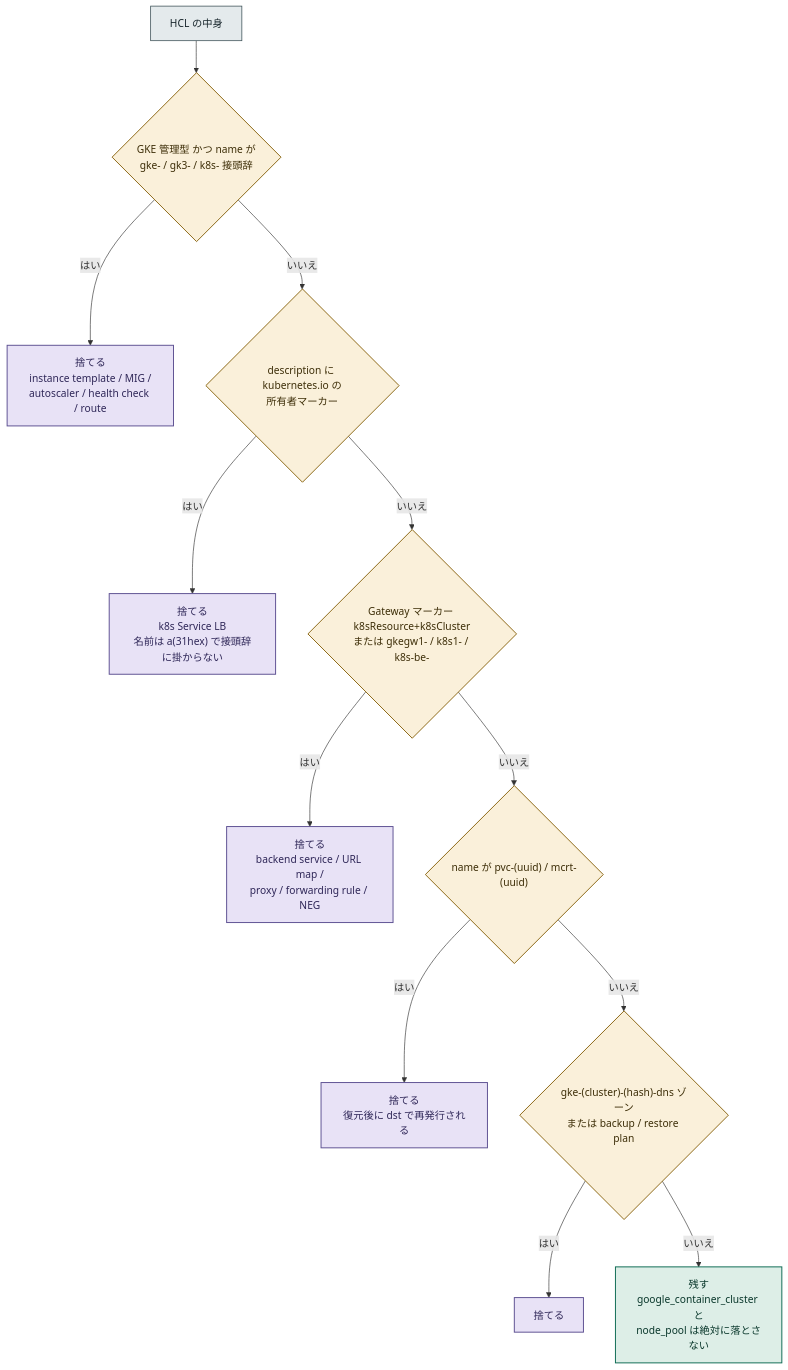
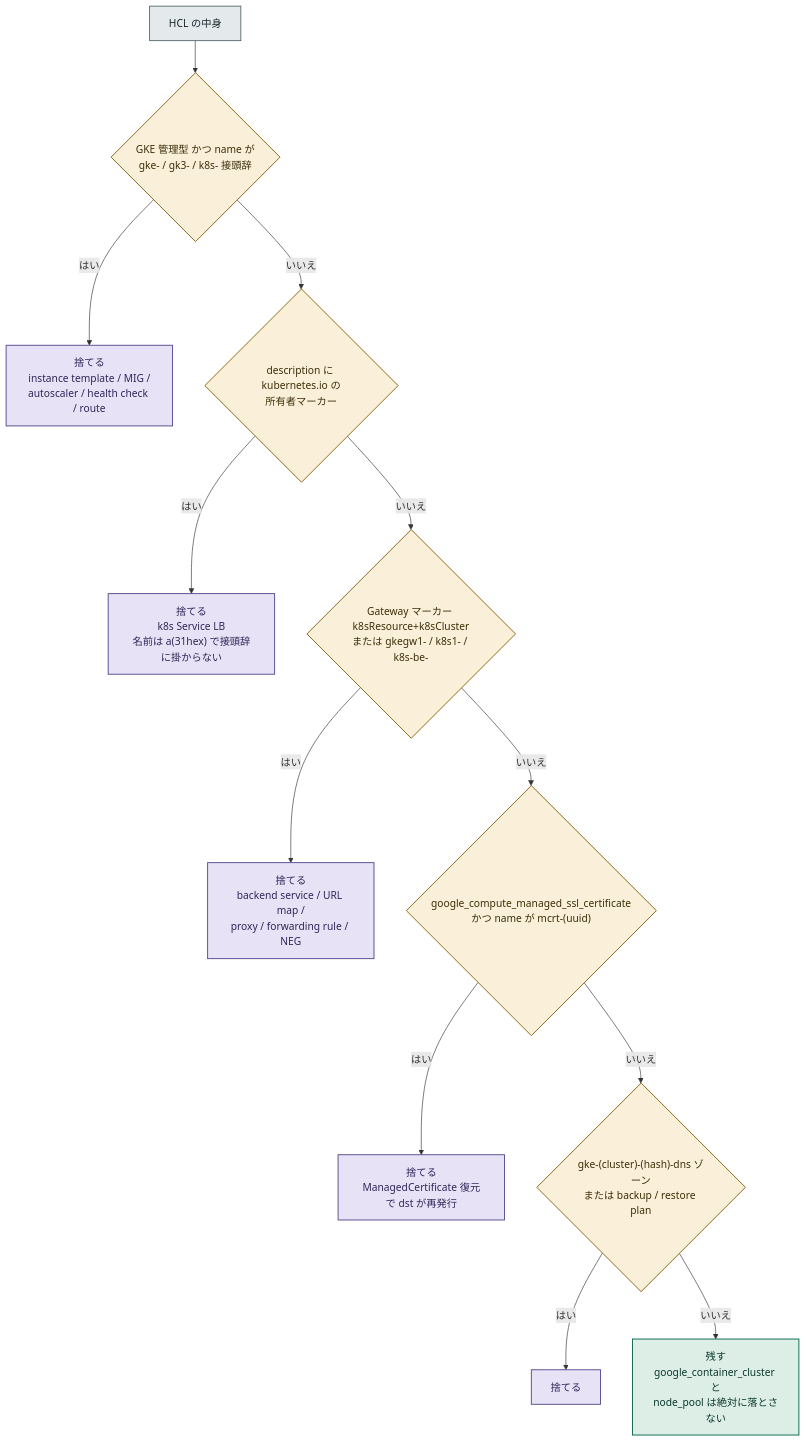
One commit to shin5ok/gcp-copy-allenv changed the fourth of 6 diagrams in architecture/sync-env-flow.md. Above: the diagram before and after it, drawn with Mermaid. The commit also changed other lines of this file and 3 other files, not shown here.

Commit message:
docs: 実行フロー図を Markdown 一本にし実装との齟齬を修正

````diff
--- a/architecture/sync-env-flow.md
+++ b/architecture/sync-env-flow.md
@@ -149,24 +164,24 @@
 ```mermaid
 %%{init: {"theme":"base","themeVariables":{"fontFamily":"ui-monospace, Menlo, Consolas, 'Hiragino Kaku Gothic ProN', 'Yu Gothic', sans-serif","fontSize":"13px","lineColor":"#7C8D92","textColor":"#16242A","edgeLabelBackground":"#EDF1F1"}}}%%
 flowchart TD
   C["HCL の中身"] --> D1{"GKE 管理型 かつ name が<br/>gke- / gk3- / k8s- 接頭辞"}
   D1 -->|"はい"| S1["捨てる<br/>instance template / MIG /<br/>autoscaler / health check / route"]
   D1 -->|"いいえ"| D2{"description に kubernetes.io の<br/>所有者マーカー"}
   D2 -->|"はい"| S2["捨てる<br/>k8s Service LB<br/>名前は a(31hex) で接頭辞に掛からない"]
   D2 -->|"いいえ"| D3{"Gateway マーカー k8sResource+k8sCluster<br/>または gkegw1- / k8s1- / k8s-be-"}
   D3 -->|"はい"| S3["捨てる<br/>backend service / URL map /<br/>proxy / forwarding rule / NEG"]
-  D3 -->|"いいえ"| D4{"name が pvc-(uuid) / mcrt-(uuid)"}
-  D4 -->|"はい"| S4["捨てる<br/>復元後に dst で再発行される"]
+  D3 -->|"いいえ"| D4{"google_compute_managed_ssl_certificate<br/>かつ name が mcrt-(uuid)"}
+  D4 -->|"はい"| S4["捨てる<br/>ManagedCertificate 復元で dst が再発行"]
   D4 -->|"いいえ"| D5{"gke-(cluster)-(hash)-dns ゾーン<br/>または backup / restore plan"}
   D5 -->|"はい"| S5["捨てる"]
   D5 -->|"いいえ"| K["残す<br/>google_container_cluster と<br/>node_pool は絶対に落とさない"]
 
   classDef gate fill:#FAF0DA,stroke:#8A6612,stroke-width:1.5px,color:#3D2E08;
   classDef skip fill:#E8E2F6,stroke:#5C4F91,stroke-width:1.5px,color:#2F2758;
   classDef pass fill:#DDEEE7,stroke:#0D6A53,stroke-width:1.5px,color:#0A382C;
   classDef step fill:#E4EAEC,stroke:#3E5257,stroke-width:1.2px,color:#16242A;
   class D1,D2,D3,D4,D5 gate;
   class S1,S2,S3,S4,S5 skip;
   class K pass;
   class C step;
 ```
````
